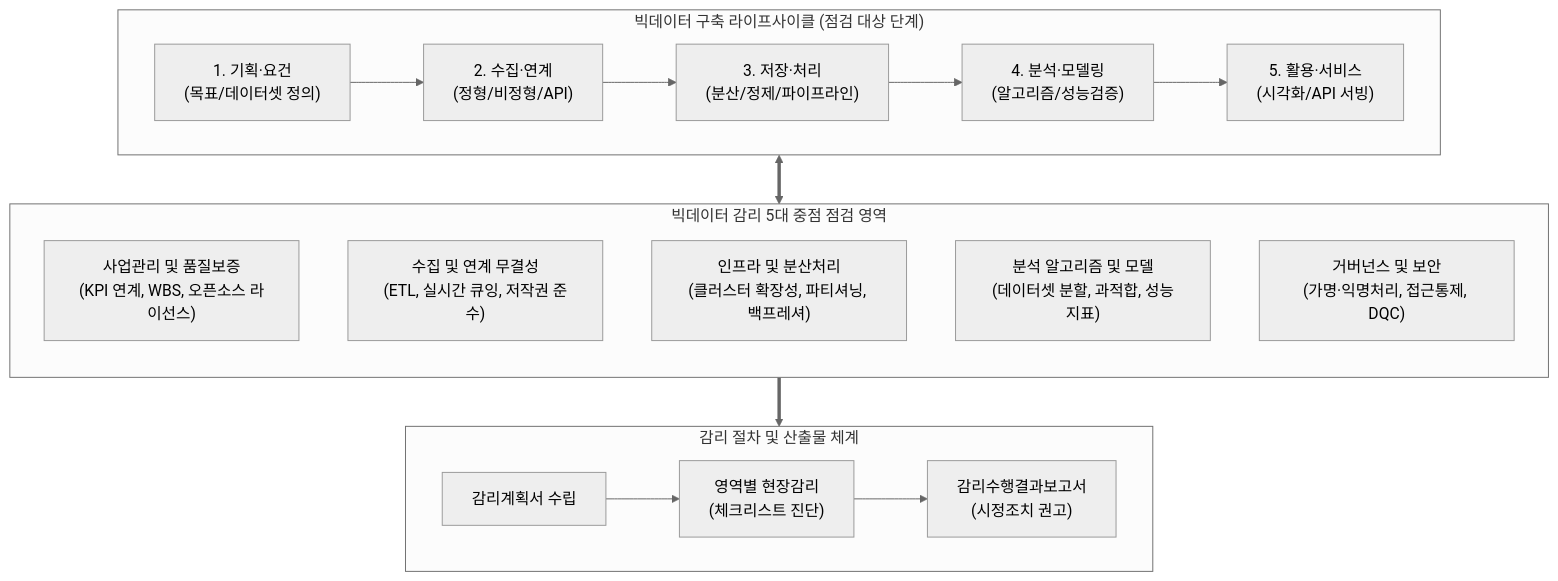
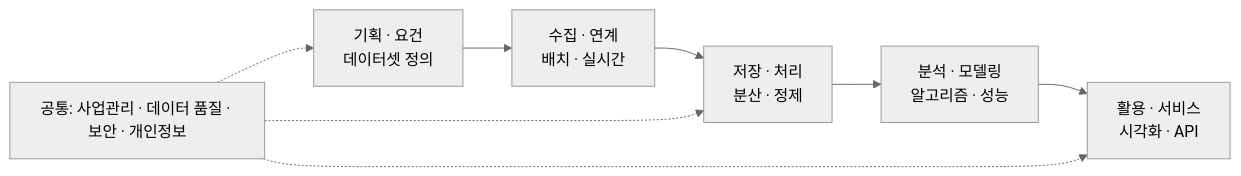
One commit to supremethumb/supremethumb.github.io changed the diagram in content/01_IT Tech/지능정보기술 감리 실무 가이드.md. Above: the diagram before and after it, drawn with Mermaid (neutral theme). The commit also changed other lines of this file and 1087 other files, not shown here.

````diff
--- a/content/01_IT Tech/지능정보기술 감리 실무 가이드.md
+++ b/content/01_IT Tech/지능정보기술 감리 실무 가이드.md
@@ -29,29 +32,10 @@
 ```mermaid
-flowchart TB
-    subgraph LIFE ["빅데이터 구축 라이프사이클 (점검 대상 단계)"]
-        direction LR
-        P1["1. 기획·요건<br/>(목표/데이터셋 정의)"] --> P2["2. 수집·연계<br/>(정형/비정형/API)"]
-        P2 --> P3["3. 저장·처리<br/>(분산/정제/파이프라인)"]
-        P3 --> P4["4. 분석·모델링<br/>(알고리즘/성능검증)"]
-        P4 --> P5["5. 활용·서비스<br/>(시각화/API 서빙)"]
-    end
-
-    subgraph AUDIT_DOMAIN ["빅데이터 감리 5대 중점 점검 영역"]
-        direction TB
-        A1["사업관리 및 품질보증<br/>(KPI 연계, WBS, 오픈소스 라이선스)"]
-        A2["수집 및 연계 무결성<br/>(ETL, 실시간 큐잉, 저작권 준수)"]
-        A3["인프라 및 분산처리<br/>(클러스터 확장성, 파티셔닝, 백프레셔)"]
-        A4["분석 알고리즘 및 모델<br/>(데이터셋 분할, 과적합, 성능지표)"]
-        A5["거버넌스 및 보안<br/>(가명·익명처리, 접근통제, DQC)"]
-    end
-
-    subgraph OUT ["감리 절차 및 산출물 체계"]
-        direction LR
-        M1["감리계획서 수립"] --> M2["영역별 현장감리<br/>(체크리스트 진단)"]
-        M2 --> M3["감리수행결과보고서<br/>(시정조치 권고)"]
-    end
-
-    LIFE <==> AUDIT_DOMAIN
-    AUDIT_DOMAIN ==> OUT
-
+flowchart LR
+    P1["기획 · 요건<br/>데이터셋 정의"] --> P2["수집 · 연계<br/>배치 · 실시간"]
+    P2 --> P3["저장 · 처리<br/>분산 · 정제"]
+    P3 --> P4["분석 · 모델링<br/>알고리즘 · 성능"]
+    P4 --> P5["활용 · 서비스<br/>시각화 · API"]
+    G["공통: 사업관리 · 데이터 품질 · 보안 · 개인정보"] -.-> P1
+    G -.-> P3
+    G -.-> P5
 ```
````
